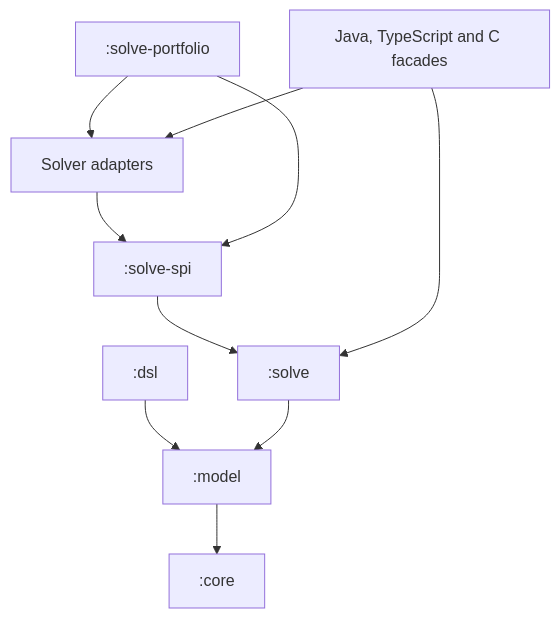
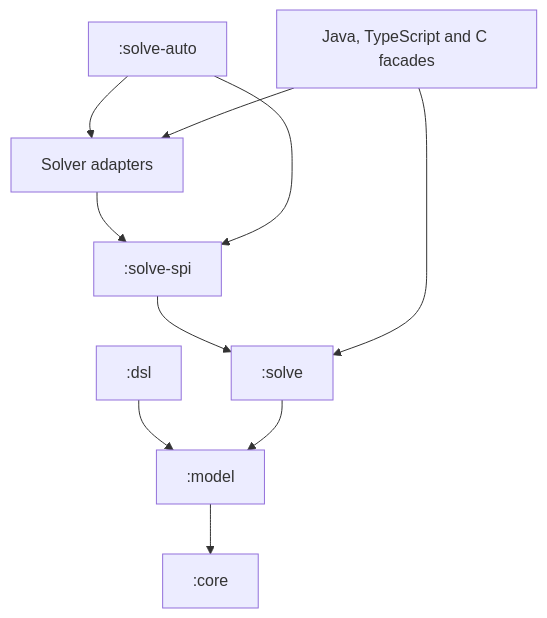
One commit to gciatto/kt-constraints changed the first of 2 diagrams in documentation/docs/explanation/architecture.md. Above: the diagram before and after it, drawn with Mermaid. The commit also changed other lines of this file and 116 other files, not shown here.

First line of the commit message:
refactor(solve-auto)!: rename the solve-portfolio module to solve-auto

````diff
--- a/documentation/docs/explanation/architecture.md
+++ b/documentation/docs/explanation/architecture.md
@@ -7,12 +7,12 @@
 ```mermaid
 flowchart TD
     DSL[":dsl"] --> Model[":model"]
     Model --> Core[":core"]
     Solve[":solve"] --> Model
     SPI[":solve-spi"] --> Solve
     Adapters["Solver adapters"] --> SPI
-    Portfolio[":solve-portfolio"] --> SPI
+    Portfolio[":solve-auto"] --> SPI
     Portfolio --> Adapters
     Facades["Java, TypeScript and C facades"] --> Solve
     Facades --> Adapters
 ```
````
